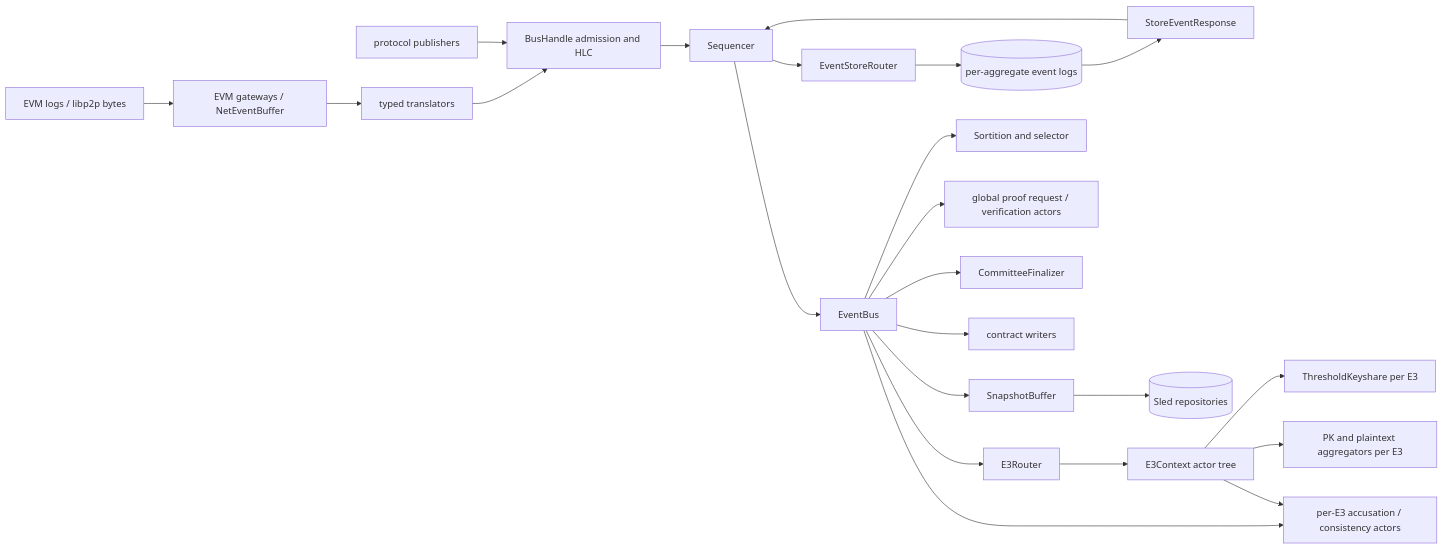
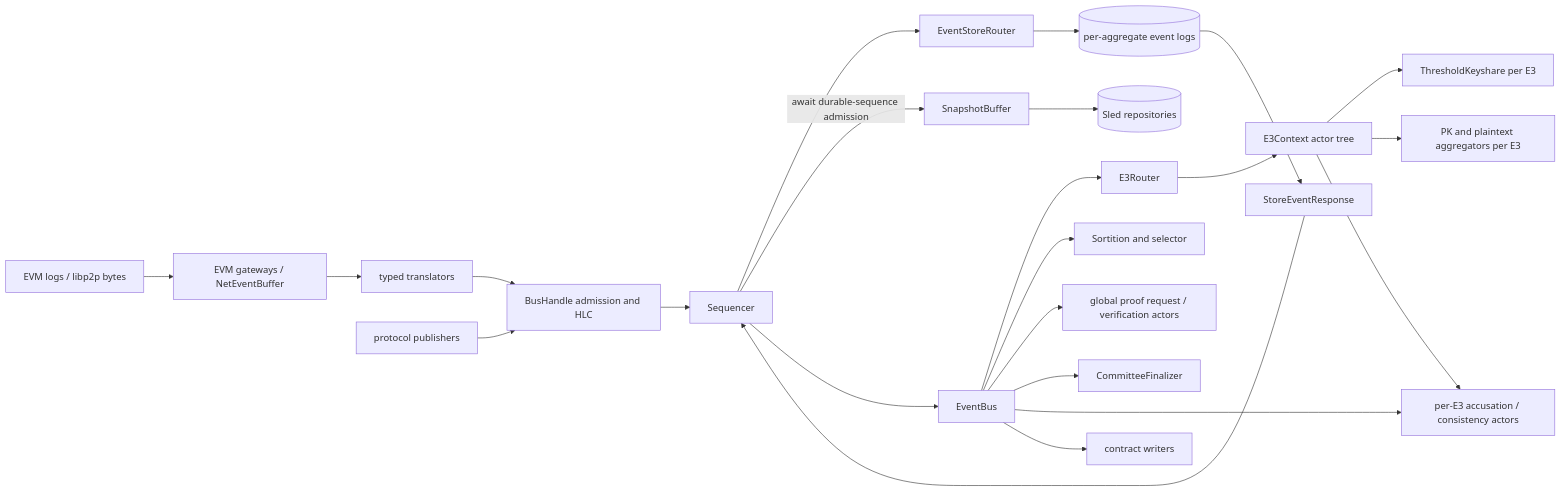
The fourth of 15 diagrams in agent/CRATES_ARCHITECTURE.md (theinterfold/interfold), drawn with Mermaid before and after one commit. The commit also changed other lines of this file and 26 other files, not shown here.

````diff
--- a/agent/CRATES_ARCHITECTURE.md
+++ b/agent/CRATES_ARCHITECTURE.md
@@ -256,27 +256,27 @@
 ```mermaid
 flowchart LR
     Ext[EVM logs / libp2p bytes] --> Gateways[EVM gateways / NetEventBuffer]
     Gateways --> Translate[typed translators]
     Translate --> Handle[BusHandle admission and HLC]
     Publishers[protocol publishers] --> Handle
     Handle --> Seq[Sequencer]
     Seq --> StoreRouter[EventStoreRouter]
     StoreRouter --> Logs[(per-aggregate event logs)]
     Logs --> StoreAck[StoreEventResponse]
     StoreAck --> Seq
+    Seq -->|await durable-sequence admission| Snapshot[SnapshotBuffer]
     Seq --> Bus[EventBus]
 
     Bus --> Router[E3Router]
     Bus --> Sortition[Sortition and selector]
     Bus --> Proof[global proof request / verification actors]
     Bus --> Committee[CommitteeFinalizer]
     Bus --> Safety[per-E3 accusation / consistency actors]
     Bus --> Writers[contract writers]
-    Bus --> Snapshot[SnapshotBuffer]
 
     Snapshot --> KV[(Sled repositories)]
     Router --> Context[E3Context actor tree]
     Context --> Keyshare[ThresholdKeyshare per E3]
     Context --> Aggregators[PK and plaintext aggregators per E3]
     Context --> Safety
 ```
````
